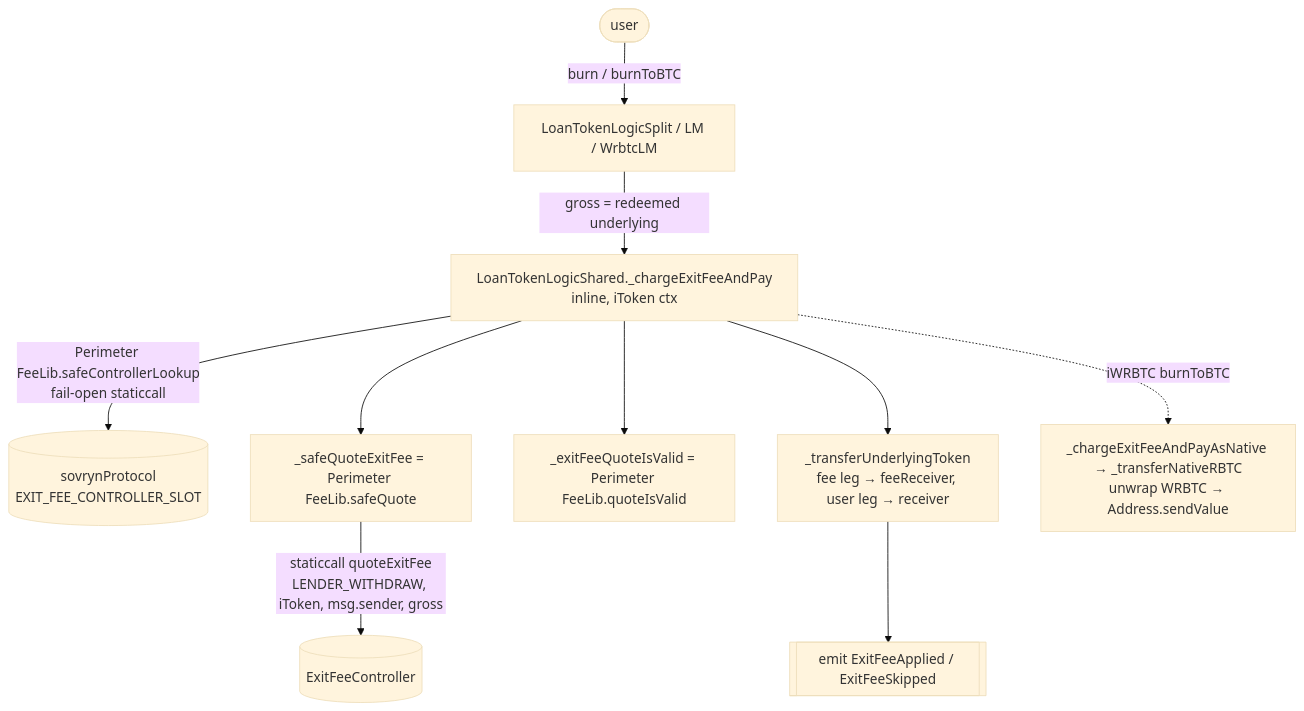
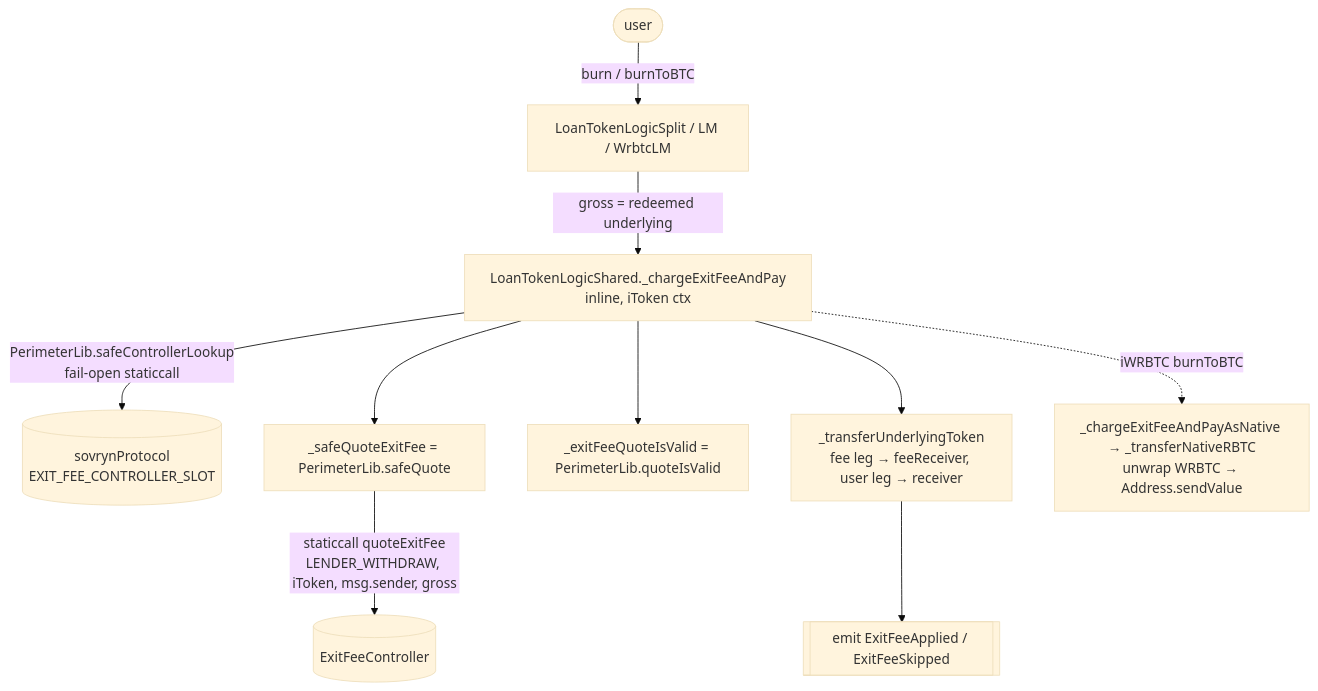
Before and after one commit to DistributedCollective/Sovryn-smart-contracts: the first of 2 diagrams in docs/PERIMETER_FEE_CALL_GRAPH.md, drawn with Mermaid (base theme). The commit also changed other lines of this file and 3 other files, not shown here.

First line of the commit message:
Name the real symbols in the call-graph doc, and re-pin the fixtures

````diff
--- a/docs/PERIMETER_FEE_CALL_GRAPH.md
+++ b/docs/PERIMETER_FEE_CALL_GRAPH.md
@@ -34,12 +34,12 @@
 ```mermaid
 flowchart TD
     U([user]) -->|burn / burnToBTC| ENTRY[LoanTokenLogicSplit / LM / WrbtcLM]
     ENTRY -->|gross = redeemed underlying| CHG[LoanTokenLogicShared._chargeExitFeeAndPay<br/>inline, iToken ctx]
-    CHG -->|Perimeter FeeLib.safeControllerLookup<br/>fail-open staticcall| PTR[(sovrynProtocol<br/>EXIT_FEE_CONTROLLER_SLOT)]
-    CHG --> Q[_safeQuoteExitFee = Perimeter FeeLib.safeQuote]
+    CHG -->|PerimeterLib.safeControllerLookup<br/>fail-open staticcall| PTR[(sovrynProtocol<br/>EXIT_FEE_CONTROLLER_SLOT)]
+    CHG --> Q[_safeQuoteExitFee = PerimeterLib.safeQuote]
     Q -->|staticcall quoteExitFee<br/>LENDER_WITHDRAW, iToken, msg.sender, gross| CTRL[(ExitFeeController)]
-    CHG --> V[_exitFeeQuoteIsValid = Perimeter FeeLib.quoteIsValid]
+    CHG --> V[_exitFeeQuoteIsValid = PerimeterLib.quoteIsValid]
     CHG --> PAY[_transferUnderlyingToken<br/>fee leg → feeReceiver, user leg → receiver]
     PAY --> EV[[emit ExitFeeApplied / ExitFeeSkipped]]
     CHG -. iWRBTC burnToBTC .-> NAT[_chargeExitFeeAndPayAsNative → _transferNativeRBTC<br/>unwrap WRBTC → Address.sendValue]
 ```
````
